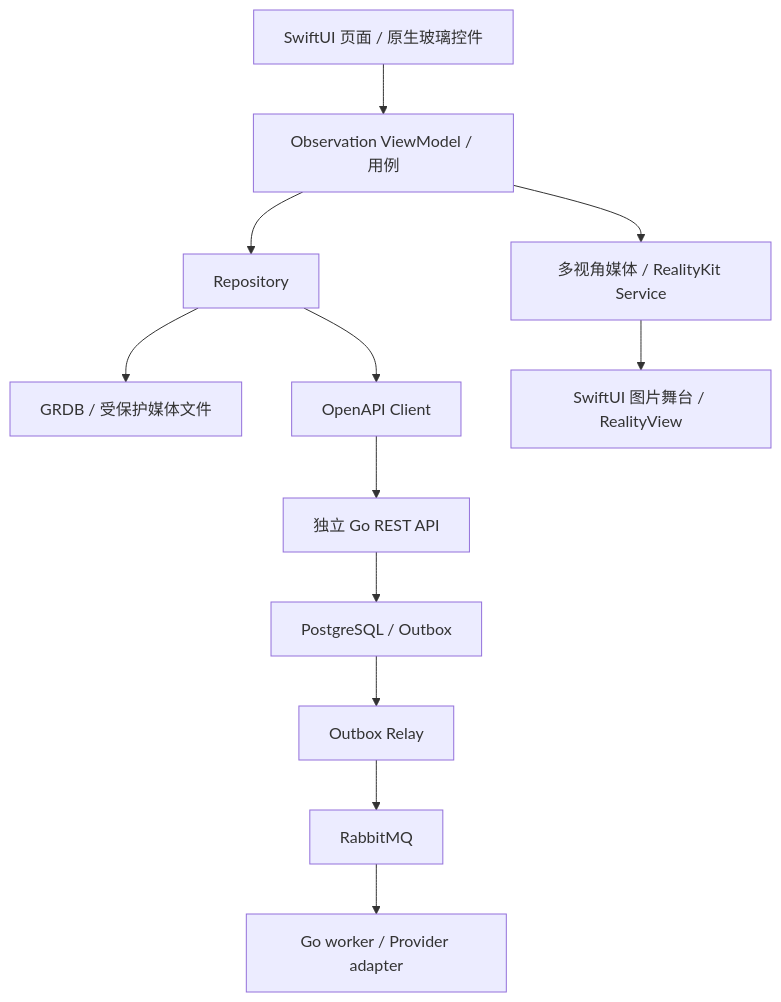
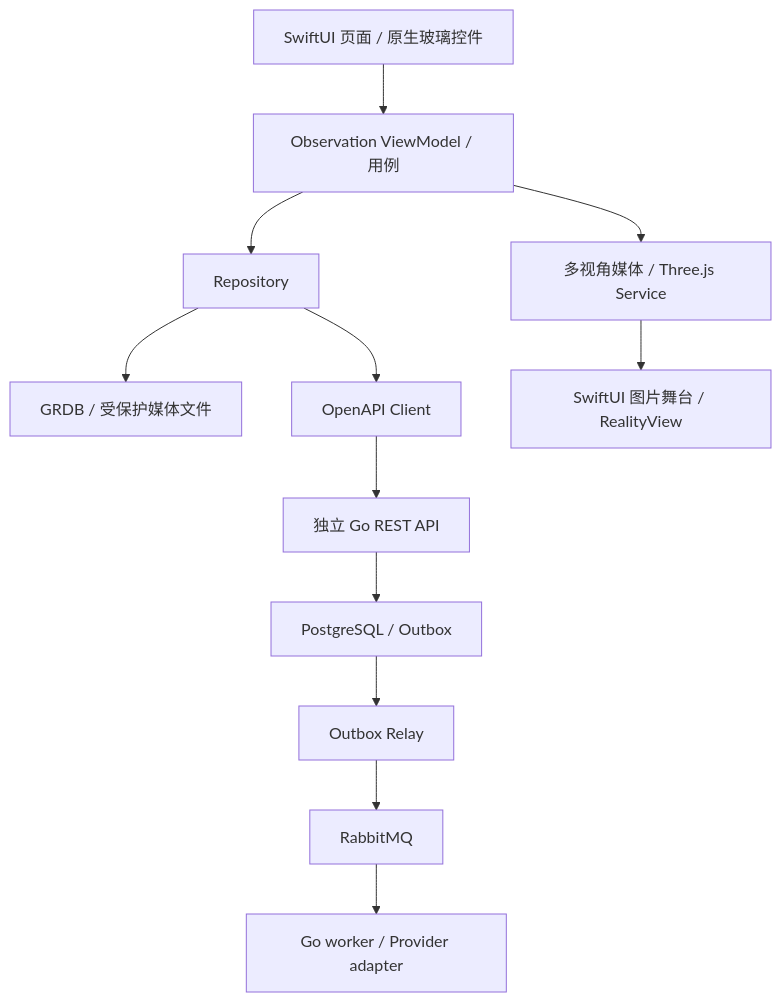
Before and after one commit to StephenQiu30/then-server: the first of 2 diagrams in docs/design/03-OOTD产品总体设计.md, drawn with Mermaid. The commit also changed other lines of this file and 94 other files, not shown here.

````diff
--- a/docs/design/03-OOTD产品总体设计.md
+++ b/docs/design/03-OOTD产品总体设计.md
@@ -127,14 +58,14 @@
 ```mermaid
 flowchart TD
     UI[SwiftUI 页面 / 原生玻璃控件] --> VM[Observation ViewModel / 用例]
     VM --> Repo[Repository]
     Repo --> Local[GRDB / 受保护媒体文件]
     Repo --> Client[OpenAPI Client]
     Client --> API[独立 Go REST API]
     API --> DB[PostgreSQL / Outbox]
     DB --> Relay[Outbox Relay]
     Relay --> MQ[RabbitMQ]
     MQ --> Worker[Go worker / Provider adapter]
-    VM --> Render[多视角媒体 / RealityKit Service]
+    VM --> Render[多视角媒体 / Three.js Service]
     Render --> Canvas[SwiftUI 图片舞台 / RealityView]
 ```
````
